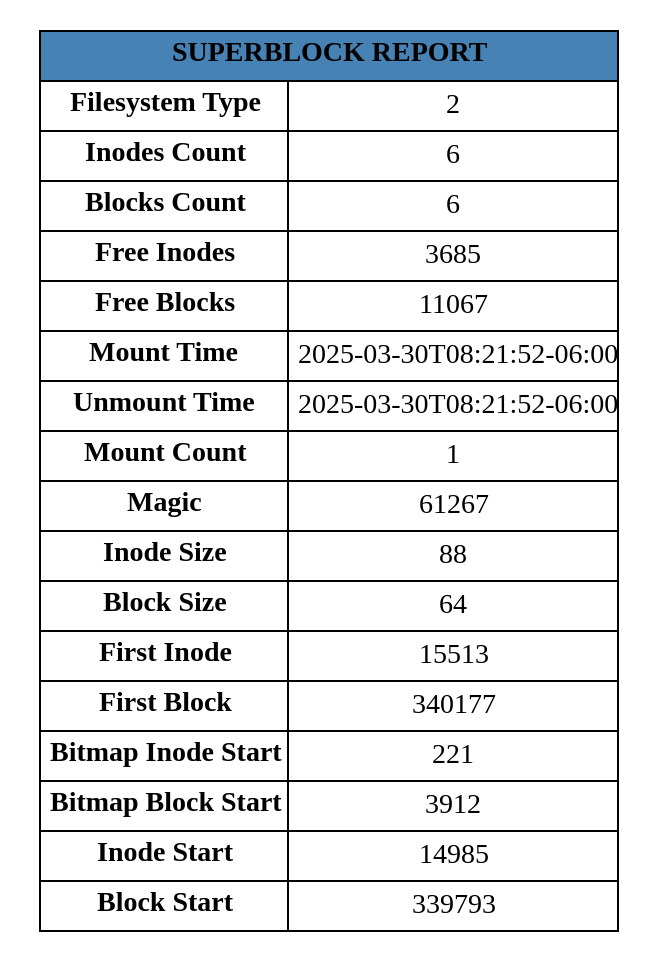
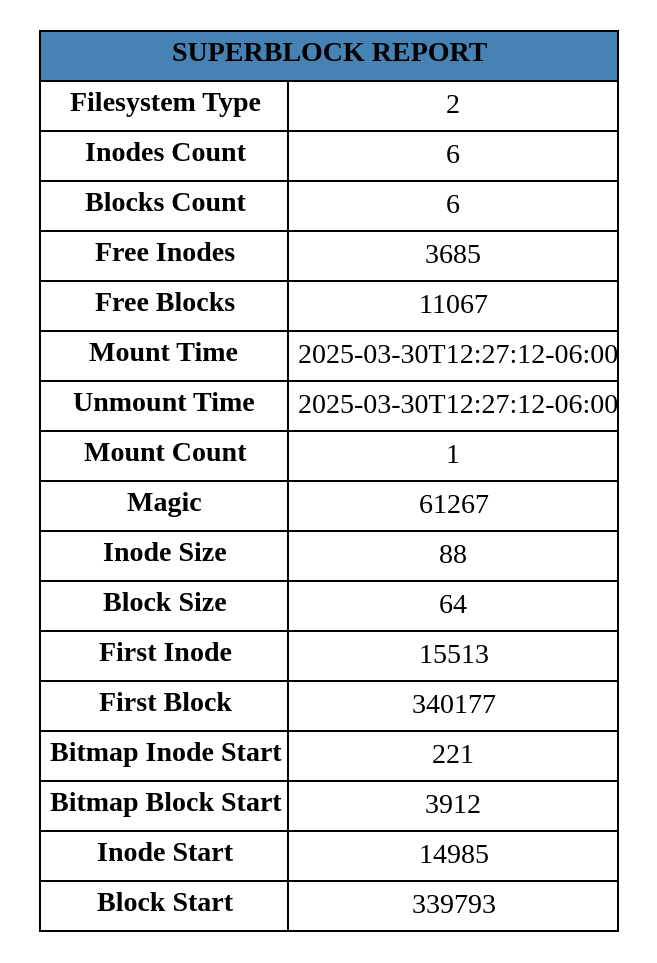
One commit to Brandon22023/MIA_1S2025_P1_202300813 changed the diagram in output/report_sb.dot. Above: the diagram before and after it, drawn with Graphviz. The commit also changed 14 other files, not shown here.

```diff
--- a/output/report_sb.dot
+++ b/output/report_sb.dot
@@ -1,25 +1,25 @@
 digraph G {
 		node [shape=plaintext, fontname="Times"]
 		edge [color="#4682B4", arrowhead=vee]
 		superblock [label=<
 			<table border="0" cellborder="1" cellspacing="0" cellpadding="4" style="font-family:Times">
 				<tr><td colspan="2" bgcolor="#4682B4" style="color:white; font-size:14px; padding:6px;"><b>SUPERBLOCK REPORT</b></td></tr>
 				<tr><td><b>Filesystem Type</b></td><td>2</td></tr>
 				<tr><td><b>Inodes Count</b></td><td>6</td></tr>
 				<tr><td><b>Blocks Count</b></td><td>6</td></tr>
 				<tr><td><b>Free Inodes</b></td><td>3685</td></tr>
 				<tr><td><b>Free Blocks</b></td><td>11067</td></tr>
-				<tr><td><b>Mount Time</b></td><td>2025-03-30T08:21:52-06:00</td></tr>
-				<tr><td><b>Unmount Time</b></td><td>2025-03-30T08:21:52-06:00</td></tr>
+				<tr><td><b>Mount Time</b></td><td>2025-03-30T12:27:12-06:00</td></tr>
+				<tr><td><b>Unmount Time</b></td><td>2025-03-30T12:27:12-06:00</td></tr>
 				<tr><td><b>Mount Count</b></td><td>1</td></tr>
 				<tr><td><b>Magic</b></td><td>61267</td></tr>
 				<tr><td><b>Inode Size</b></td><td>88</td></tr>
 				<tr><td><b>Block Size</b></td><td>64</td></tr>
 				<tr><td><b>First Inode</b></td><td>15513</td></tr>
 				<tr><td><b>First Block</b></td><td>340177</td></tr>
 				<tr><td><b>Bitmap Inode Start</b></td><td>221</td></tr>
 				<tr><td><b>Bitmap Block Start</b></td><td>3912</td></tr>
 				<tr><td><b>Inode Start</b></td><td>14985</td></tr>
 				<tr><td><b>Block Start</b></td><td>339793</td></tr>
 			</table>>];
 	}
```
